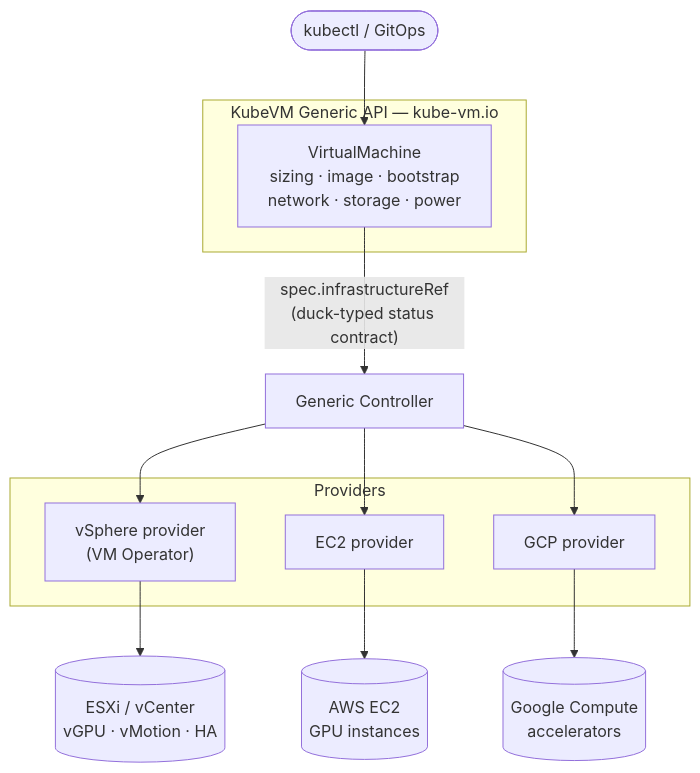
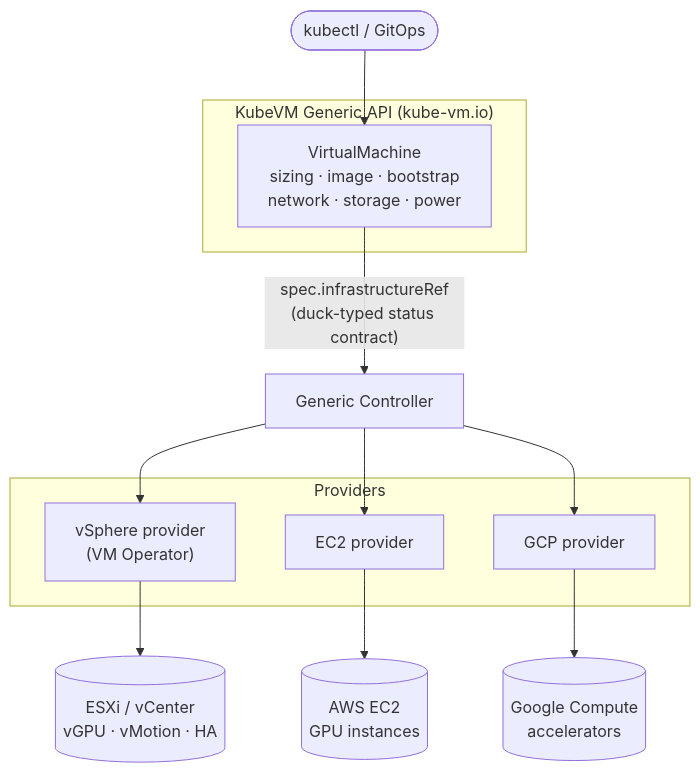
Before and after one commit to vmware-tanzu/vm-operator: the diagram in external/kubevm/docs/one-pager-kubevm-generic-api.md, drawn with Mermaid. The commit also changed other lines of this file, not shown here.

````diff
--- a/external/kubevm/docs/one-pager-kubevm-generic-api.md
+++ b/external/kubevm/docs/one-pager-kubevm-generic-api.md
@@ -101,24 +101,24 @@
 ```mermaid
 flowchart TB
   user(["kubectl / GitOps"]) --> gvm
 
-  subgraph kubevm["KubeVM Generic API — kube-vm.io"]
+  subgraph kubevm["KubeVM Generic API (kube-vm.io)"]
     gvm["VirtualMachine<br/>sizing · image · bootstrap<br/>network · storage · power"]
   end
 
   gvm -->|"spec.infrastructureRef<br/>(duck-typed status contract)"| gc["Generic Controller"]
 
   gc --> vsp
   gc --> ec2
   gc --> gcp
 
   subgraph providers["Providers"]
     vsp["vSphere provider<br/>(VM Operator)"]
     ec2["EC2 provider"]
     gcp["GCP provider"]
   end
 
   vsp --> esxi[("ESXi / vCenter<br/>vGPU · vMotion · HA")]
   ec2 --> aws[("AWS EC2<br/>GPU instances")]
   gcp --> gce[("Google Compute<br/>accelerators")]
 ```
````
